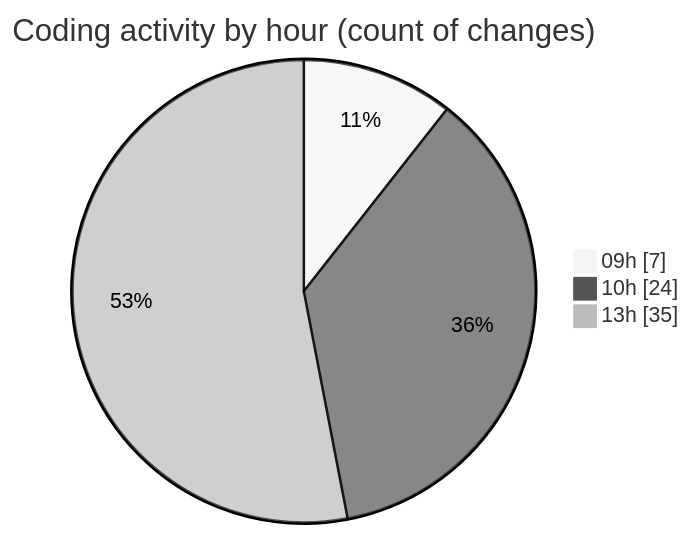
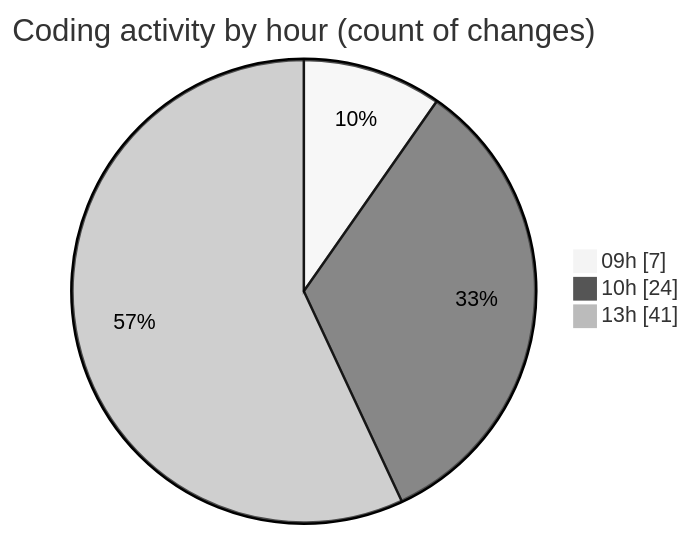
The second of 2 diagrams in 2025-04-10/cda/README.md (momahboobian/code-tracking), drawn with Mermaid (neutral theme) before and after one commit. The commit also changed other lines of this file and 1 other file, not shown here.

````diff
--- a/2025-04-10/cda/README.md
+++ b/2025-04-10/cda/README.md
@@ -32,7 +32,7 @@
 ```mermaid
 pie showData
 title Coding activity by hour (count of changes)
 "09h" : 7
 "10h" : 24
-"13h" : 35
+"13h" : 41
 ```
````
